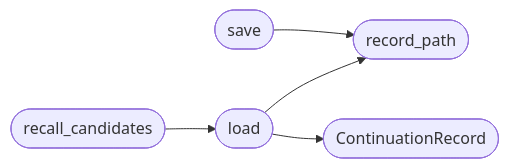
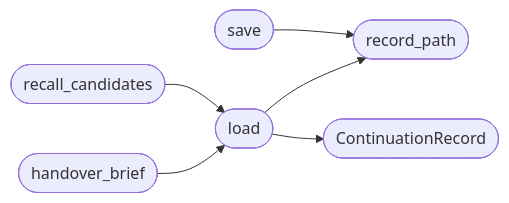
Before and after one commit to grisuno/LazyOwn: the diagram in readmenator-apidocs/modules/modules.lazy_continuation.py.md, drawn with Mermaid. The commit also changed other lines of this file and 464 other files, not shown here.

````diff
--- a/readmenator-apidocs/modules/modules.lazy_continuation.py.md
+++ b/readmenator-apidocs/modules/modules.lazy_continuation.py.md
@@ -29,12 +29,14 @@
 ```mermaid
 flowchart LR
     n_modules_lazy_continuation_py__save(["save"])
     n_modules_lazy_continuation_py__record_path(["record_path"])
     n_modules_lazy_continuation_py__load(["load"])
     n_modules_lazy_continuation_py__ContinuationRecord(["ContinuationRecord"])
+    n_modules_lazy_continuation_py__handover_brief(["handover_brief"])
     n_modules_lazy_continuation_py__recall_candidates(["recall_candidates"])
     n_modules_lazy_continuation_py__save --> n_modules_lazy_continuation_py__record_path
     n_modules_lazy_continuation_py__load --> n_modules_lazy_continuation_py__ContinuationRecord
     n_modules_lazy_continuation_py__load --> n_modules_lazy_continuation_py__record_path
+    n_modules_lazy_continuation_py__handover_brief --> n_modules_lazy_continuation_py__load
     n_modules_lazy_continuation_py__recall_candidates --> n_modules_lazy_continuation_py__load
 ```
````
